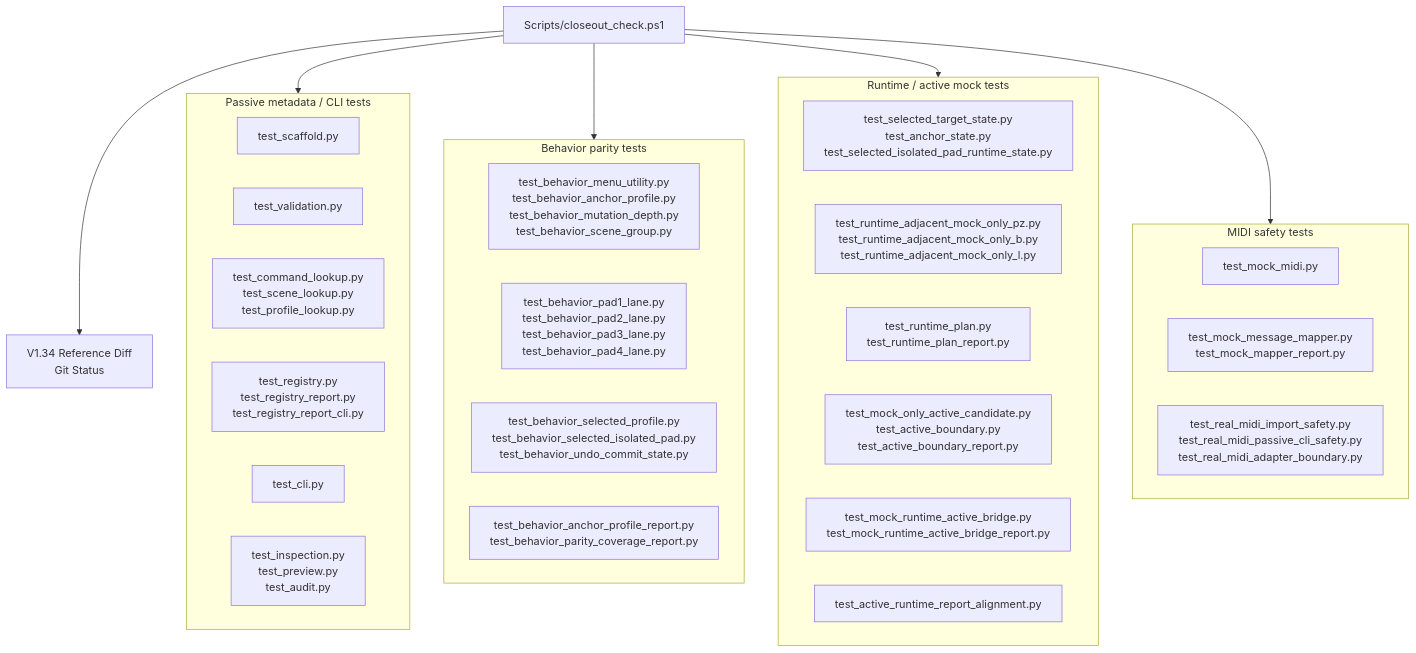
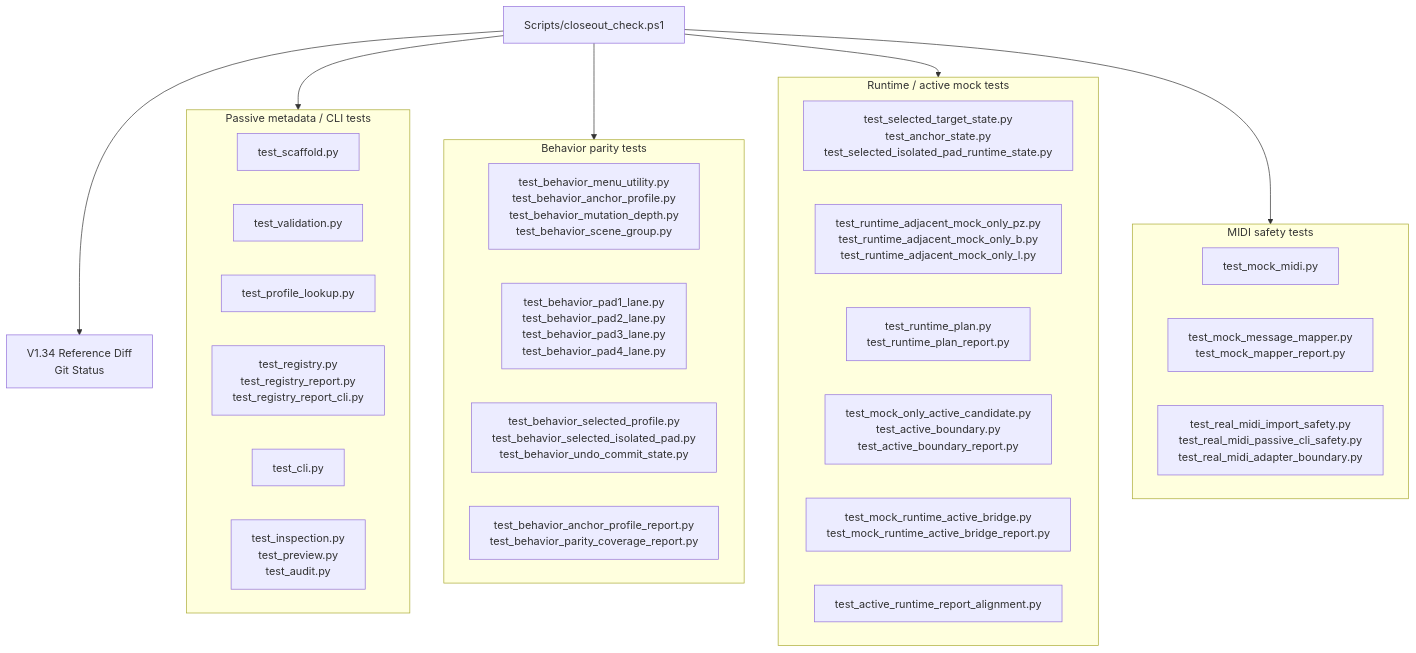
The ninth of 11 diagrams in docs/ARCHITECTURE_DIAGRAMS.md (buzzijose-hub/RytmRandomizer), drawn with Mermaid before and after one commit. The commit also changed other lines of this file and 8 other files, not shown here.

First line of the commit message:
chore: remove dead command_lookup/scene_lookup modules + 3 unused profile getters

````diff
--- a/docs/ARCHITECTURE_DIAGRAMS.md
+++ b/docs/ARCHITECTURE_DIAGRAMS.md
@@ -475,41 +469,41 @@
 ```mermaid
 flowchart TB
     Closeout["Scripts/closeout_check.ps1"]
 
     subgraph PassiveTests["Passive metadata / CLI tests"]
         Scaffold["test_scaffold.py"]
         Validation["test_validation.py"]
-        Lookup["test_command_lookup.py\ntest_scene_lookup.py\ntest_profile_lookup.py"]
+        Lookup["test_profile_lookup.py"]
         RegistryTests["test_registry.py\ntest_registry_report.py\ntest_registry_report_cli.py"]
         CLITests["test_cli.py"]
         InspectionPreviewAudit["test_inspection.py\ntest_preview.py\ntest_audit.py"]
     end
 
     subgraph BehaviorTests["Behavior parity tests"]
         BehaviorCore["test_behavior_menu_utility.py\ntest_behavior_anchor_profile.py\ntest_behavior_mutation_depth.py\ntest_behavior_scene_group.py"]
         PadTests["test_behavior_pad1_lane.py\ntest_behavior_pad2_lane.py\ntest_behavior_pad3_lane.py\ntest_behavior_pad4_lane.py"]
         StateBehavior["test_behavior_selected_profile.py\ntest_behavior_selected_isolated_pad.py\ntest_behavior_undo_commit_state.py"]
         Reports["test_behavior_anchor_profile_report.py\ntest_behavior_parity_coverage_report.py"]
     end
 
     subgraph RuntimeTests["Runtime / active mock tests"]
         RuntimeState["test_selected_target_state.py\ntest_anchor_state.py\ntest_selected_isolated_pad_runtime_state.py"]
         RuntimeAdjacent["test_runtime_adjacent_mock_only_pz.py\ntest_runtime_adjacent_mock_only_b.py\ntest_runtime_adjacent_mock_only_l.py"]
         RuntimePlan["test_runtime_plan.py\ntest_runtime_plan_report.py"]
         ActiveBoundary["test_mock_only_active_candidate.py\ntest_active_boundary.py\ntest_active_boundary_report.py"]
         Bridge["test_mock_runtime_active_bridge.py\ntest_mock_runtime_active_bridge_report.py"]
         Alignment["test_active_runtime_report_alignment.py"]
     end
 
     subgraph MidiSafetyTests["MIDI safety tests"]
         MockMidi["test_mock_midi.py"]
         MockMapper["test_mock_message_mapper.py\ntest_mock_mapper_report.py"]
         RealMidiSafety["test_real_midi_import_safety.py\ntest_real_midi_passive_cli_safety.py\ntest_real_midi_adapter_boundary.py"]
     end
 
     Closeout --> PassiveTests
     Closeout --> BehaviorTests
     Closeout --> RuntimeTests
     Closeout --> MidiSafetyTests
     Closeout --> GitChecks["V1.34 Reference Diff\nGit Status"]
 ```
````
